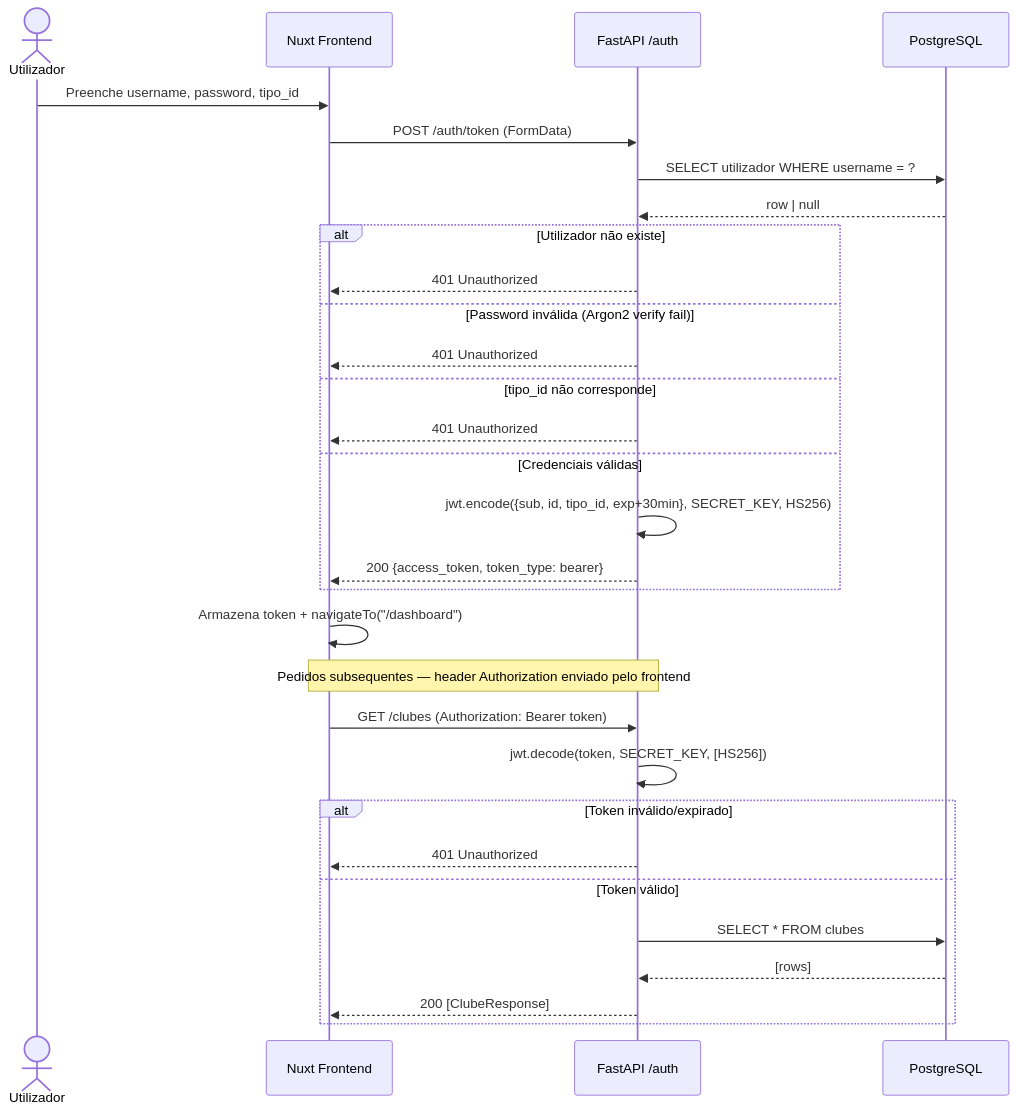
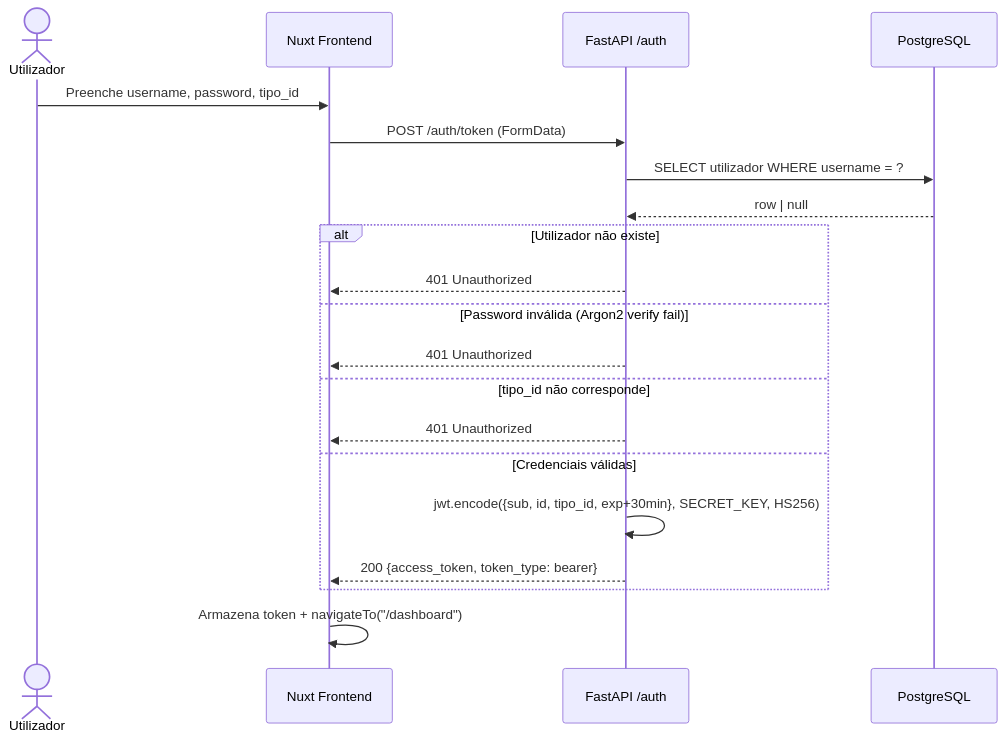
The fifth of 10 diagrams in README.md (Wand-DenaXy/-Manueli-s-Clubes), drawn with Mermaid before and after one commit. The commit also changed other lines of this file, not shown here.

````diff
--- a/README.md
+++ b/README.md
@@ -218,37 +221,25 @@
 ```mermaid
 sequenceDiagram
     actor U as Utilizador
     participant F as Nuxt Frontend
     participant A as FastAPI /auth
     participant DB as PostgreSQL
 
     U->>F: Preenche username, password, tipo_id
     F->>A: POST /auth/token (FormData)
     A->>DB: SELECT utilizador WHERE username = ?
     DB-->>A: row | null
 
     alt Utilizador não existe
         A-->>F: 401 Unauthorized
     else Password inválida (Argon2 verify fail)
         A-->>F: 401 Unauthorized
     else tipo_id não corresponde
         A-->>F: 401 Unauthorized
     else Credenciais válidas
         A->>A: jwt.encode({sub, id, tipo_id, exp+30min}, SECRET_KEY, HS256)
         A-->>F: 200 {access_token, token_type: bearer}
     end
 
     F->>F: Armazena token + navigateTo("/dashboard")
-
-    Note over F,A: Pedidos subsequentes — header Authorization enviado pelo frontend
-
-    F->>A: GET /clubes (Authorization: Bearer token)
-    A->>A: jwt.decode(token, SECRET_KEY, [HS256])
-    alt Token inválido/expirado
-        A-->>F: 401 Unauthorized
-    else Token válido
-        A->>DB: SELECT * FROM clubes
-        DB-->>A: [rows]
-        A-->>F: 200 [ClubeResponse]
-    end
 ```
````
